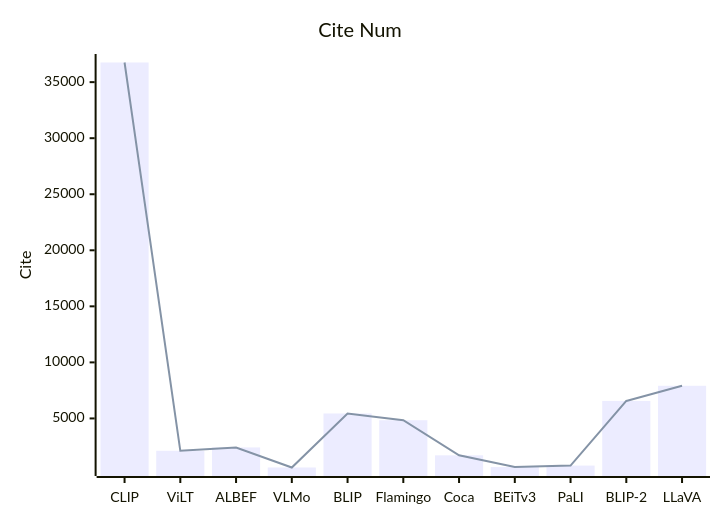
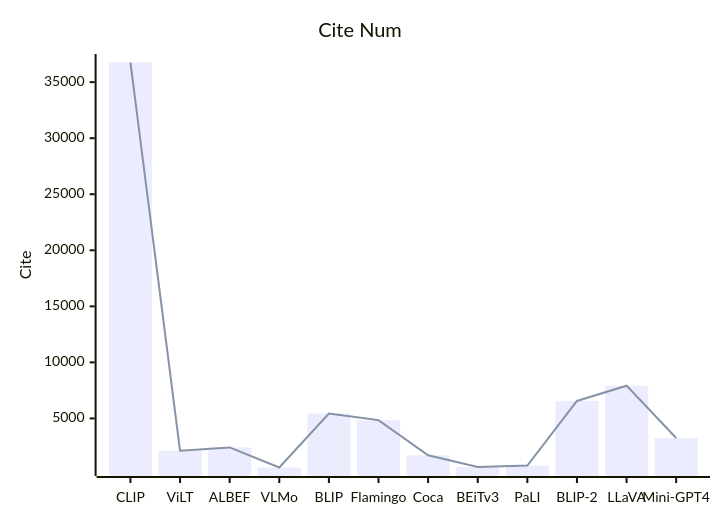
The sixth of 6 diagrams in Base_Model/VLM+VLLM/analyse.md (Elephant-King9/Paper), drawn with Mermaid before and after one commit. The commit also changed other lines of this file and 4 other files, not shown here.

Commit message:
update_MiniGPT-4: Enhancing Vision-Language Understanding with Advanced Large Language Models

````diff
--- a/Base_Model/VLM+VLLM/analyse.md
+++ b/Base_Model/VLM+VLLM/analyse.md
@@ -208,8 +218,8 @@
 ```mermaid
     xychart-beta
     title "Cite Num"
-    x-axis [CLIP, ViLT, ALBEF,VLMo, BLIP,Flamingo,Coca,BEiT v3,PaLI,BLIP-2,LLaVA]
+    x-axis [CLIP, ViLT, ALBEF,VLMo, BLIP,Flamingo,Coca,BEiT v3,PaLI,BLIP-2,LLaVA,Mini-GPT4]
     y-axis "Cite" 
-    bar [36752,2115,2412,623,5442,4842,1710,660,794,6562,7915]
-    line [36752,2115,2412,623,5442,4842,1710,660,794,6562,7915]
+    bar [36752,2115,2412,623,5442,4842,1710,660,794,6562,7915,3252]
+    line [36752,2115,2412,623,5442,4842,1710,660,794,6562,7915,3252]
 ```
````
